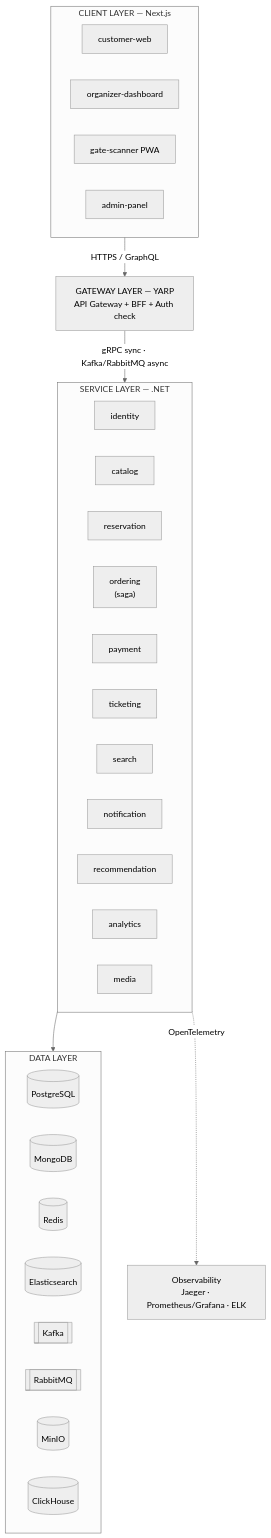
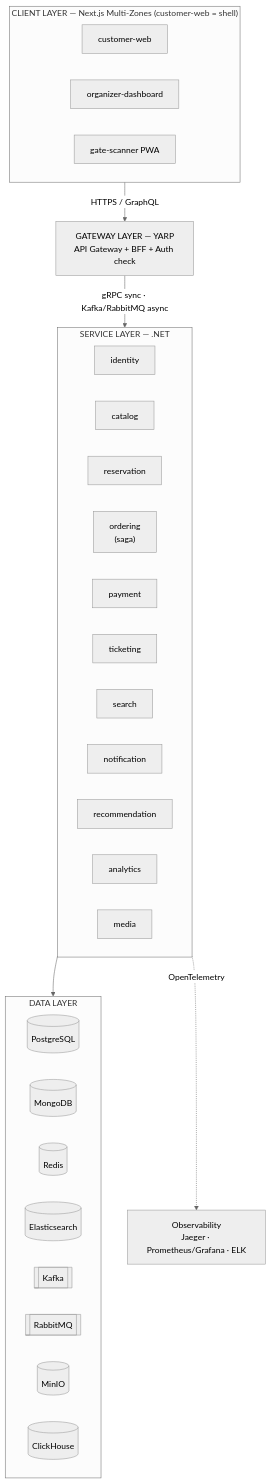
One commit to KingChen711/ticket-flow changed the first of 3 diagrams in scope.md. Above: the diagram before and after it, drawn with Mermaid (neutral theme). The commit also changed other lines of this file and 12 other files, not shown here.

Commit message:
chore: finalize Phase 8 — Multi-Zones shell, scope reconcile, DoD

````diff
--- a/scope.md
+++ b/scope.md
@@ -42,46 +42,45 @@
 ```mermaid
 flowchart TB
-    subgraph Client["CLIENT LAYER — Next.js"]
+    subgraph Client["CLIENT LAYER — Next.js Multi-Zones (customer-web = shell)"]
         direction LR
         CW[customer-web]
         OD[organizer-dashboard]
         GS[gate-scanner PWA]
-        AD[admin-panel]
     end
 
     GW["GATEWAY LAYER — YARP<br/>API Gateway + BFF + Auth check"]
 
     subgraph Services["SERVICE LAYER — .NET"]
         direction LR
         ID[identity]
         CAT[catalog]
         RES[reservation]
         ORD["ordering<br/>(saga)"]
         PAY[payment]
         TIC[ticketing]
         SRCH[search]
         NOT[notification]
         REC[recommendation]
         ANA[analytics]
         MED[media]
     end
 
     subgraph Data["DATA LAYER"]
         direction LR
         PG[(PostgreSQL)]
         MG[(MongoDB)]
         RD[(Redis)]
         ES[(Elasticsearch)]
         KF[[Kafka]]
         RB[[RabbitMQ]]
         MN[(MinIO)]
         CH[(ClickHouse)]
     end
 
     OBS["Observability<br/>Jaeger · Prometheus/Grafana · ELK"]
 
     Client -->|HTTPS / GraphQL| GW
     GW -->|gRPC sync · Kafka/RabbitMQ async| Services
     Services --> Data
     Services -.OpenTelemetry.-> OBS
 ```
````
